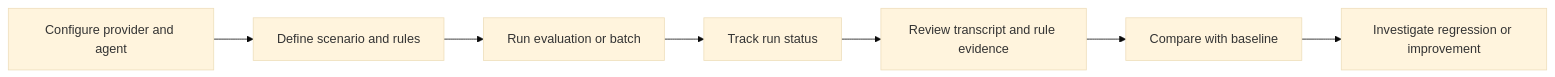
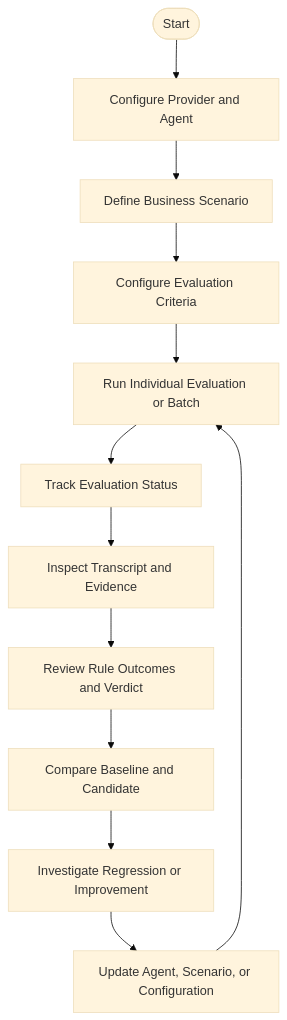
The first of 6 diagrams in README.md (novora-voice/novora-frontend), drawn with Mermaid (base theme) before and after one commit. The commit also changed other lines of this file, not shown here.

````diff
--- a/README.md
+++ b/README.md
@@ -7,9 +90,14 @@
 ```mermaid
-flowchart LR
-    A[Configure provider and agent] --> B[Define scenario and rules]
-    B --> C[Run evaluation or batch]
-    C --> D[Track run status]
-    D --> E[Review transcript and rule evidence]
-    E --> F[Compare with baseline]
-    F --> G[Investigate regression or improvement]
+flowchart TD
+    START([Start]) --> CONFIG[Configure Provider and Agent]
+    CONFIG --> SCENARIO[Define Business Scenario]
+    SCENARIO --> RULES[Configure Evaluation Criteria]
+    RULES --> EXECUTE[Run Individual Evaluation or Batch]
+    EXECUTE --> STATUS[Track Evaluation Status]
+    STATUS --> TRANSCRIPT[Inspect Transcript and Evidence]
+    TRANSCRIPT --> VERDICT[Review Rule Outcomes and Verdict]
+    VERDICT --> COMPARE[Compare Baseline and Candidate]
+    COMPARE --> INVESTIGATE[Investigate Regression or Improvement]
+    INVESTIGATE --> UPDATE[Update Agent, Scenario, or Configuration]
+    UPDATE --> EXECUTE
 ```
````
